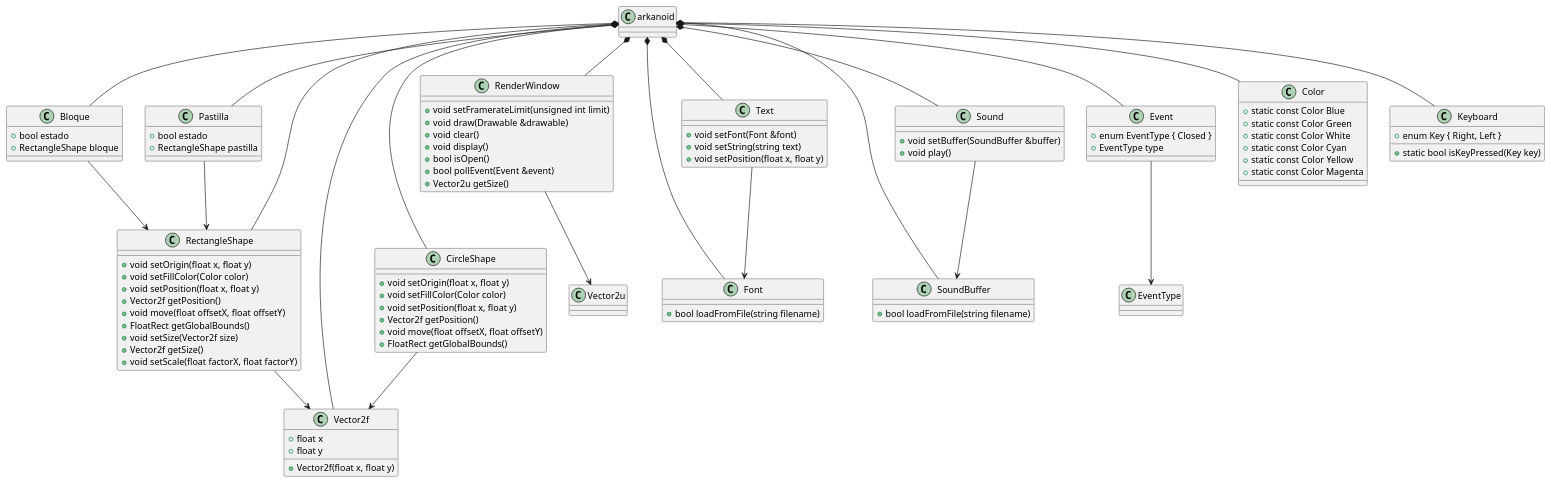
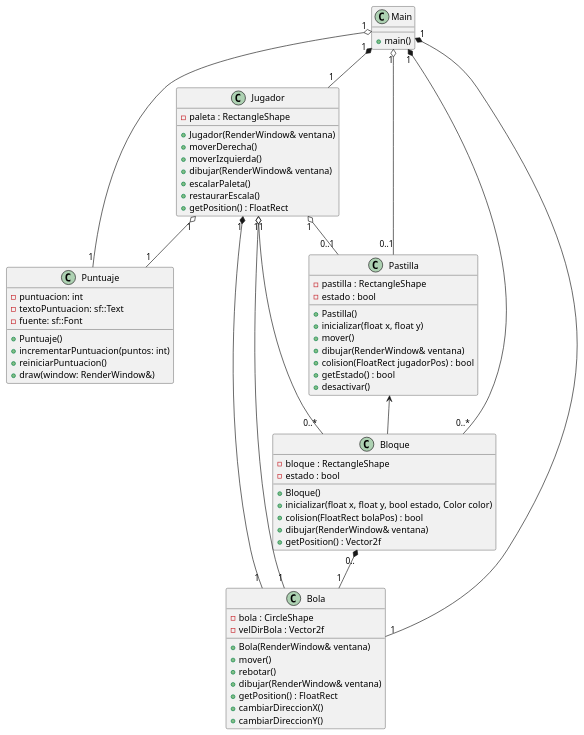
One commit to RoTtiN2/Arkanoid changed the diagram in docs/arkanoid.puml. Above: the diagram before and after it, drawn with PlantUML. The commit also changed 16 other files, not shown here.

```diff
--- a/docs/arkanoid.puml
+++ b/docs/arkanoid.puml
@@ -1,113 +1,78 @@
-@startuml
-' Definición de las clases y estructuras
+@startuml Arkanoid
+
+class Jugador {
+  + Jugador(RenderWindow& ventana)
+  + moverDerecha()
+  + moverIzquierda()
+  + dibujar(RenderWindow& ventana)
+  + escalarPaleta()
+  + restaurarEscala()
+  + getPosition() : FloatRect
+  - paleta : RectangleShape
+}
+
+class Puntuaje {
+  - puntuacion: int
+  - textoPuntuacion: sf::Text
+  - fuente: sf::Font
+  + Puntuaje()
+  + incrementarPuntuacion(puntos: int)
+  + reiniciarPuntuacion()
+  + draw(window: RenderWindow&)
+}
 
 class Bloque {
-    +bool estado
-    +RectangleShape bloque
+  + Bloque()
+  + inicializar(float x, float y, bool estado, Color color)
+  + colision(FloatRect bolaPos) : bool
+  + dibujar(RenderWindow& ventana)
+  + getPosition() : Vector2f
+  - bloque : RectangleShape
+  - estado : bool
+}
+
+class Bola {
+  + Bola(RenderWindow& ventana)
+  + mover()
+  + rebotar()
+  + dibujar(RenderWindow& ventana)
+  + getPosition() : FloatRect
+  + cambiarDireccionX()
+  + cambiarDireccionY()
+  - bola : CircleShape
+  - velDirBola : Vector2f
 }
 
 class Pastilla {
-    +bool estado
-    +RectangleShape pastilla
+  + Pastilla()
+  + inicializar(float x, float y)
+  + mover()
+  + dibujar(RenderWindow& ventana)
+  + colision(FloatRect jugadorPos) : bool
+  + getEstado() : bool
+  + desactivar()
+  - pastilla : RectangleShape
+  - estado : bool
 }
 
-class Vector2f {
-    +float x
-    +float y
-    +Vector2f(float x, float y)
+class Main {
+  + main()
 }
 
-class CircleShape {
-    +void setOrigin(float x, float y)
-    +void setFillColor(Color color)
-    +void setPosition(float x, float y)
-    +Vector2f getPosition()
-    +void move(float offsetX, float offsetY)
-    +FloatRect getGlobalBounds()
-}
+Jugador "1" *-- "1" Bola
+Jugador "1" o-- "1" Bola
+Jugador "1" o-- "0..*" Bloque
+Jugador "1" o-- "0..1" Pastilla
+Jugador "1" o-- "1" Puntuaje
 
-class RectangleShape {
-    +void setOrigin(float x, float y)
-    +void setFillColor(Color color)
-    +void setPosition(float x, float y)
-    +Vector2f getPosition()
-    +void move(float offsetX, float offsetY)
-    +FloatRect getGlobalBounds()
-    +void setSize(Vector2f size)
-    +Vector2f getSize()
-    +void setScale(float factorX, float factorY)
-}
+Bloque "0.." *-- "1" Bola
 
-class RenderWindow {
-    +void setFramerateLimit(unsigned int limit)
-    +void draw(Drawable &drawable)
-    +void clear()
-    +void display()
-    +bool isOpen()
-    +bool pollEvent(Event &event)
-    +Vector2u getSize()
-}
+Main "1" *-- "1" Jugador
+Main "1" *-- "0..*" Bloque
+Main "1" *-- "1" Bola
+Main "1" o-- "0..1" Pastilla
+Main "1" o-- "1" Puntuaje
 
-class Font {
-    +bool loadFromFile(string filename)
-}
+Pastilla <-- Bloque
 
-class Text {
-    +void setFont(Font &font)
-    +void setString(string text)
-    +void setPosition(float x, float y)
-}
-
-class SoundBuffer {
-    +bool loadFromFile(string filename)
-}
-
-class Sound {
-    +void setBuffer(SoundBuffer &buffer)
-    +void play()
-}
-
-class Event {
-    +enum EventType { Closed }
-    +EventType type
-}
-
-class Color {
-    +static const Color Blue
-    +static const Color Green
-    +static const Color White
-    +static const Color Cyan
-    +static const Color Yellow
-    +static const Color Magenta
-}
-
-class Keyboard {
-    +static bool isKeyPressed(Key key)
-    +enum Key { Right, Left }
-}
-
-' Relaciones entre las clases
-
-Bloque --> RectangleShape
-Pastilla --> RectangleShape
-CircleShape --> Vector2f
-RectangleShape --> Vector2f
-RenderWindow --> Vector2u
-Text --> Font
-Sound --> SoundBuffer
-Event --> EventType
-
-arkanoid *-- Bloque
-arkanoid *-- Pastilla
-arkanoid *-- Vector2f
-arkanoid *-- CircleShape
-arkanoid *-- RectangleShape
-arkanoid *-- RenderWindow
-arkanoid *-- Font
-arkanoid *-- Text
-arkanoid *-- SoundBuffer
-arkanoid *-- Sound
-arkanoid *-- Event
-arkanoid *-- Color
-arkanoid *-- Keyboard
 @enduml
```
